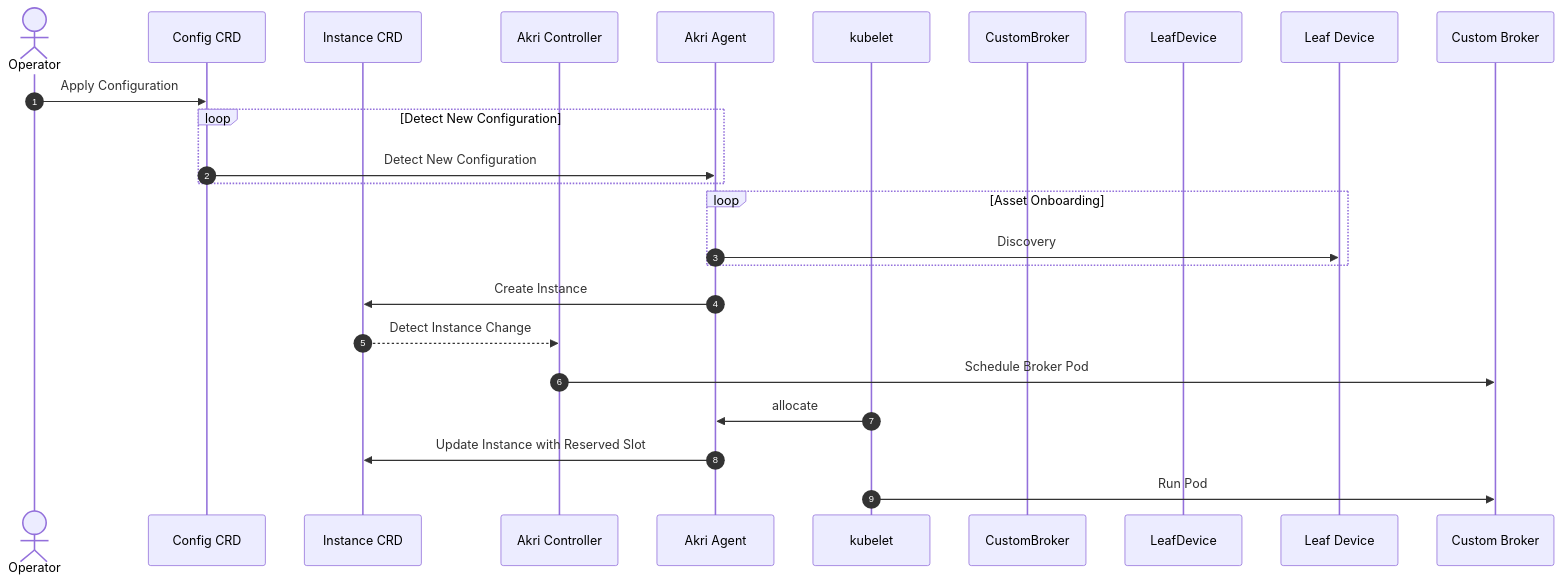
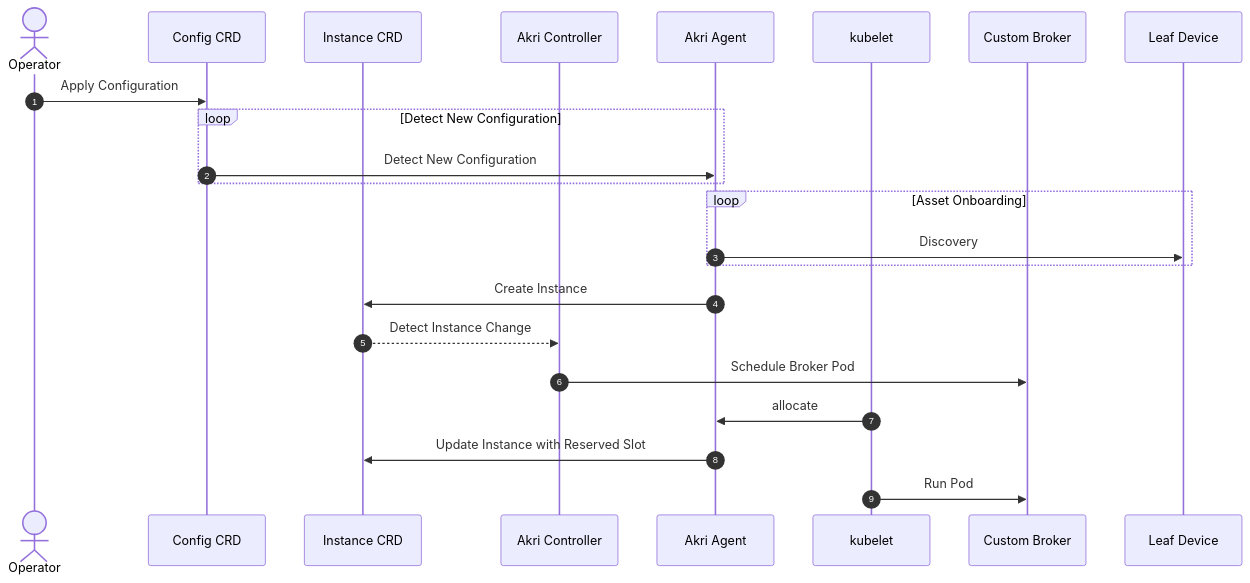
Before and after one commit to dfcarpenter/edge-akri-playground: the first of 5 diagrams in samples/akri-opc/readme.md, drawn with Mermaid. The commit also changed other lines of this file and 2 other files, not shown here.

Commit message:
adding diagrams

````diff
--- a/samples/akri-opc/readme.md
+++ b/samples/akri-opc/readme.md
@@ -5,28 +6,26 @@
 ```mermaid
 sequenceDiagram
     autonumber
     actor Operator
     participant Config CRD
     participant Instance CRD
     participant Akri Controller
     participant Akri Agent 
     participant kubelet
-    participant CustomBroker
-    participant LeafDevice
+    participant Custom Broker
+    participant Leaf Device
     Operator->>Config CRD: Apply Configuration
     loop Detect New Configuration
         Config CRD->>Akri Agent: Detect New Configuration
     end
     loop Asset Onboarding
         Akri Agent->>Leaf Device: Discovery
     end
     Akri Agent->>Instance CRD: Create Instance
     Instance CRD-->>Akri Controller: Detect Instance Change
     Akri Controller->>Custom Broker:Schedule Broker Pod 
     kubelet->>Akri Agent: allocate
     Akri Agent->>Instance CRD: Update Instance with Reserved Slot
     kubelet->>Custom Broker: Run Pod
    
-
-
 ```
````
